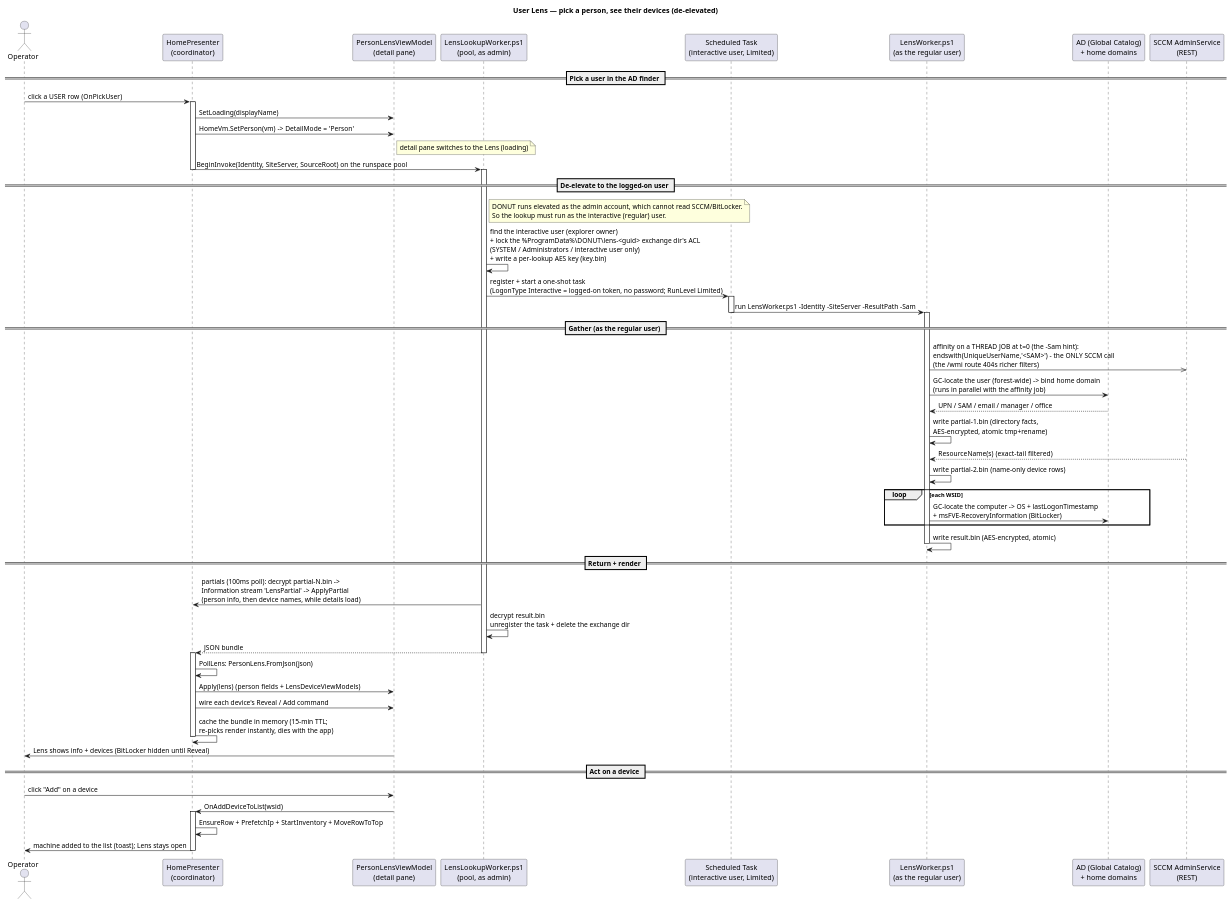
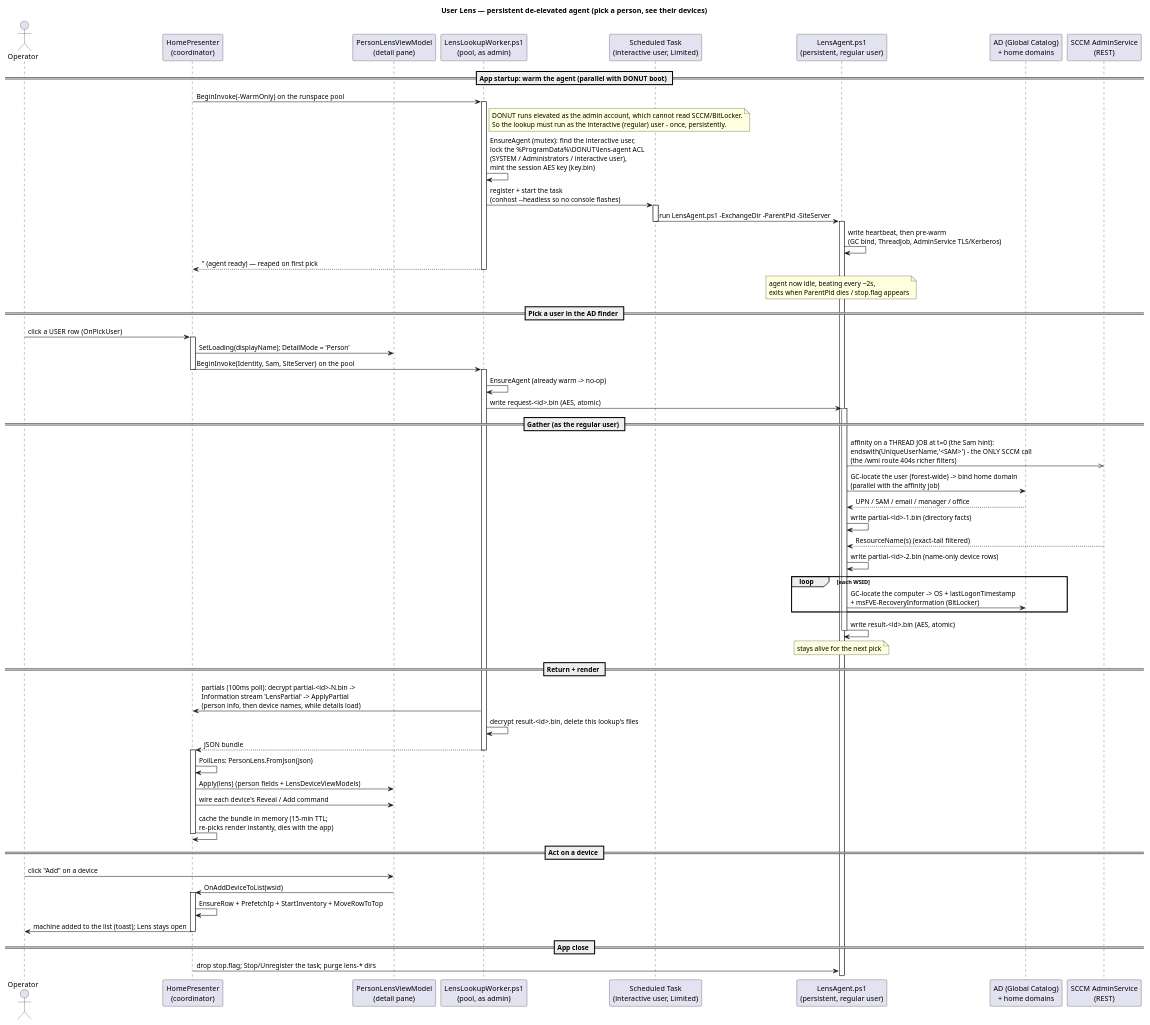
Before and after one commit to Danial-Changez/DONUT: the diagram in docs/diagrams/lens_lookup_sequence_diagram.puml, drawn with PlantUML. The commit also changed 9 other files, not shown here.

```diff
--- a/docs/diagrams/lens_lookup_sequence_diagram.puml
+++ b/docs/diagrams/lens_lookup_sequence_diagram.puml
@@ -1,68 +1,78 @@
 @startuml Lens Lookup Sequence Diagram
-title User Lens — pick a person, see their devices (de-elevated)
+title User Lens — persistent de-elevated agent (pick a person, see their devices)
 
 actor Operator as OP
 participant "HomePresenter\n(coordinator)" as P
 participant "PersonLensViewModel\n(detail pane)" as VM
 participant "LensLookupWorker.ps1\n(pool, as admin)" as PW
 participant "Scheduled Task\n(interactive user, Limited)" as TASK
-participant "LensWorker.ps1\n(as the regular user)" as LW
+participant "LensAgent.ps1\n(persistent, regular user)" as AG
 participant "AD (Global Catalog)\n+ home domains" as AD
 participant "SCCM AdminService\n(REST)" as SCCM
+
+== App startup: warm the agent (parallel with DONUT boot) ==
+P -> PW : BeginInvoke(-WarmOnly)  on the runspace pool
+activate PW
+note right of PW
+  DONUT runs elevated as the admin account, which cannot read SCCM/BitLocker.
+  So the lookup must run as the interactive (regular) user - once, persistently.
+end note
+PW -> PW : EnsureAgent (mutex): find the interactive user,\nlock the %ProgramData%\\DONUT\\lens-agent ACL\n(SYSTEM / Administrators / interactive user),\nmint the session AES key (key.bin)
+PW -> TASK : register + start the task\n(conhost --headless so no console flashes)
+activate TASK
+TASK -> AG : run LensAgent.ps1 -ExchangeDir -ParentPid -SiteServer
+deactivate TASK
+activate AG
+AG -> AG : write heartbeat, then pre-warm\n(GC bind, ThreadJob, AdminService TLS/Kerberos)
+PW --> P : '' (agent ready) — reaped on first pick
+deactivate PW
+note over AG : agent now idle, beating every ~2s,\nexits when ParentPid dies / stop.flag appears
 
 == Pick a user in the AD finder ==
 OP -> P : click a USER row  (OnPickUser)
 activate P
-P -> VM : SetLoading(displayName)
-P -> VM : HomeVm.SetPerson(vm)  -> DetailMode = 'Person'
-note right of VM : detail pane switches to the Lens (loading)
-P -> PW : BeginInvoke(Identity, SiteServer, SourceRoot)  on the runspace pool
+P -> VM : SetLoading(displayName); DetailMode = 'Person'
+P -> PW : BeginInvoke(Identity, Sam, SiteServer)  on the pool
 deactivate P
-
-== De-elevate to the logged-on user ==
 activate PW
-note right of PW
-  DONUT runs elevated as the admin account, which cannot read SCCM/BitLocker.
-  So the lookup must run as the interactive (regular) user.
-end note
-PW -> PW : find the interactive user (explorer owner)\n+ lock the %ProgramData%\\DONUT\\lens-<guid> exchange dir's ACL\n(SYSTEM / Administrators / interactive user only)\n+ write a per-lookup AES key (key.bin)
-PW -> TASK : register + start a one-shot task\n(LogonType Interactive = logged-on token, no password; RunLevel Limited)
-activate TASK
-TASK -> LW : run LensWorker.ps1 -Identity -SiteServer -ResultPath -Sam
-deactivate TASK
-activate LW
+PW -> PW : EnsureAgent (already warm -> no-op)
+PW -> AG : write request-<id>.bin (AES, atomic)
+activate AG
 
 == Gather (as the regular user) ==
-LW ->> SCCM : affinity on a THREAD JOB at t=0 (the -Sam hint):\nendswith(UniqueUserName,'<SAM>') - the ONLY SCCM call\n(the /wmi route 404s richer filters)
-LW -> AD : GC-locate the user (forest-wide) -> bind home domain\n(runs in parallel with the affinity job)
-AD --> LW : UPN / SAM / email / manager / office
-LW -> LW : write partial-1.bin (directory facts,\nAES-encrypted, atomic tmp+rename)
-SCCM --> LW : ResourceName(s)  (exact-tail filtered)
-LW -> LW : write partial-2.bin (name-only device rows)
+AG ->> SCCM : affinity on a THREAD JOB at t=0 (the Sam hint):\nendswith(UniqueUserName,'<SAM>') - the ONLY SCCM call\n(the /wmi route 404s richer filters)
+AG -> AD : GC-locate the user (forest-wide) -> bind home domain\n(parallel with the affinity job)
+AD --> AG : UPN / SAM / email / manager / office
+AG -> AG : write partial-<id>-1.bin (directory facts)
+SCCM --> AG : ResourceName(s)  (exact-tail filtered)
+AG -> AG : write partial-<id>-2.bin (name-only device rows)
 loop each WSID
-  LW -> AD : GC-locate the computer -> OS + lastLogonTimestamp\n+ msFVE-RecoveryInformation (BitLocker)
+  AG -> AD : GC-locate the computer -> OS + lastLogonTimestamp\n+ msFVE-RecoveryInformation (BitLocker)
 end
-LW -> LW : write result.bin (AES-encrypted, atomic)
-deactivate LW
+AG -> AG : write result-<id>.bin (AES, atomic)
+deactivate AG
+note over AG : stays alive for the next pick
 
 == Return + render ==
-PW -> P : partials (100ms poll): decrypt partial-N.bin ->\nInformation stream 'LensPartial' -> ApplyPartial\n(person info, then device names, while details load)
-PW -> PW : decrypt result.bin\nunregister the task + delete the exchange dir
+PW -> P : partials (100ms poll): decrypt partial-<id>-N.bin ->\nInformation stream 'LensPartial' -> ApplyPartial\n(person info, then device names, while details load)
+PW -> PW : decrypt result-<id>.bin, delete this lookup's files
 PW --> P : JSON bundle
 deactivate PW
 activate P
 P -> P : PollLens: PersonLens.FromJson(json)
 P -> VM : Apply(lens)  (person fields + LensDeviceViewModels)
 P -> VM : wire each device's Reveal / Add command
 P -> P : cache the bundle in memory (15-min TTL;\nre-picks render instantly, dies with the app)
 deactivate P
-VM -> OP : Lens shows info + devices (BitLocker hidden until Reveal)
 
 == Act on a device ==
 OP -> VM : click "Add" on a device
 VM -> P : OnAddDeviceToList(wsid)
 activate P
 P -> P : EnsureRow + PrefetchIp + StartInventory + MoveRowToTop
 P -> OP : machine added to the list (toast); Lens stays open
 deactivate P
+
+== App close ==
+P -> AG : drop stop.flag; Stop/Unregister the task; purge lens-* dirs
 @enduml
```
